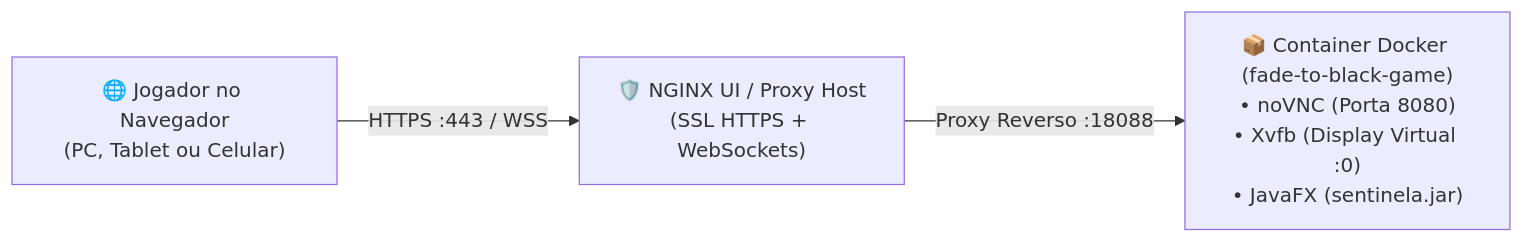
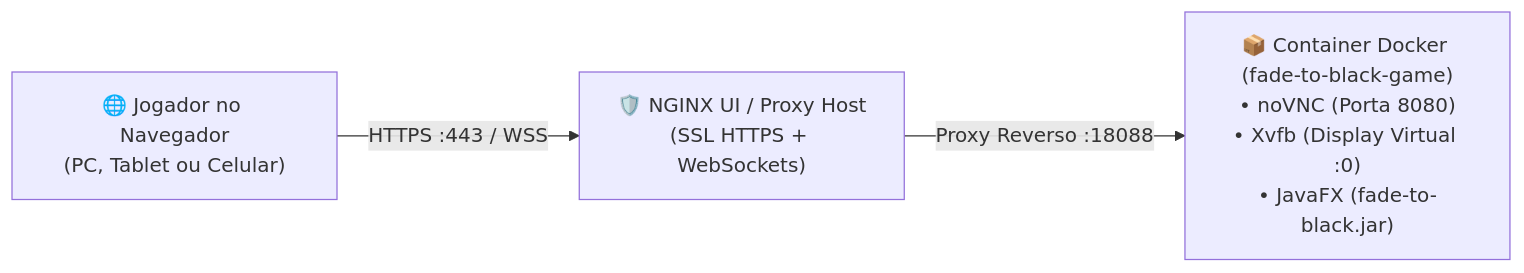
The sixth of 6 diagrams in README.md (Blimabru/sentinela), drawn with Mermaid before and after one commit. The commit also changed other lines of this file, not shown here.

Commit message:
docs(readme): atualiza instrucoes de compilacao e deploy para fade-to-black.jar

````diff
--- a/README.md
+++ b/README.md
@@ -421,9 +421,9 @@
 ```mermaid
 flowchart LR
     User["🌐 Jogador no Navegador\n(PC, Tablet ou Celular)"]
     NginxUI["🛡️ NGINX UI / Proxy Host\n(SSL HTTPS + WebSockets)"]
-    Docker["📦 Container Docker (fade-to-black-game)\n• noVNC (Porta 8080)\n• Xvfb (Display Virtual :0)\n• JavaFX (sentinela.jar)"]
+    Docker["📦 Container Docker (fade-to-black-game)\n• noVNC (Porta 8080)\n• Xvfb (Display Virtual :0)\n• JavaFX (fade-to-black.jar)"]
 
     User -->|HTTPS :443 / WSS| NginxUI
     NginxUI -->|Proxy Reverso :18088| Docker
 ```
````
